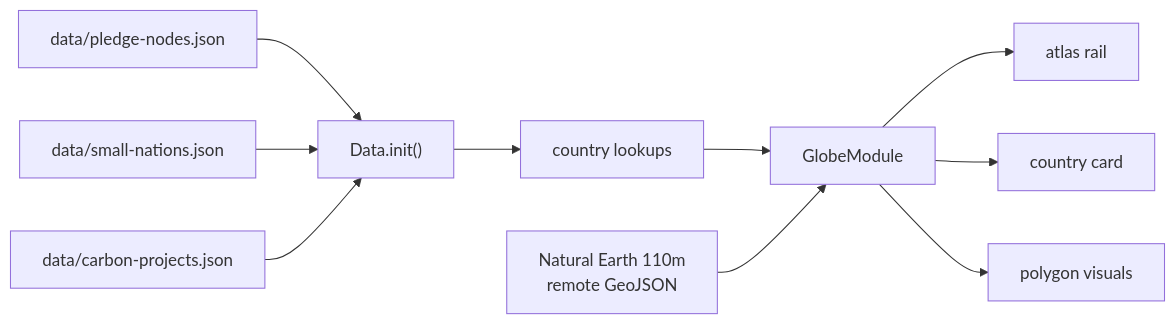
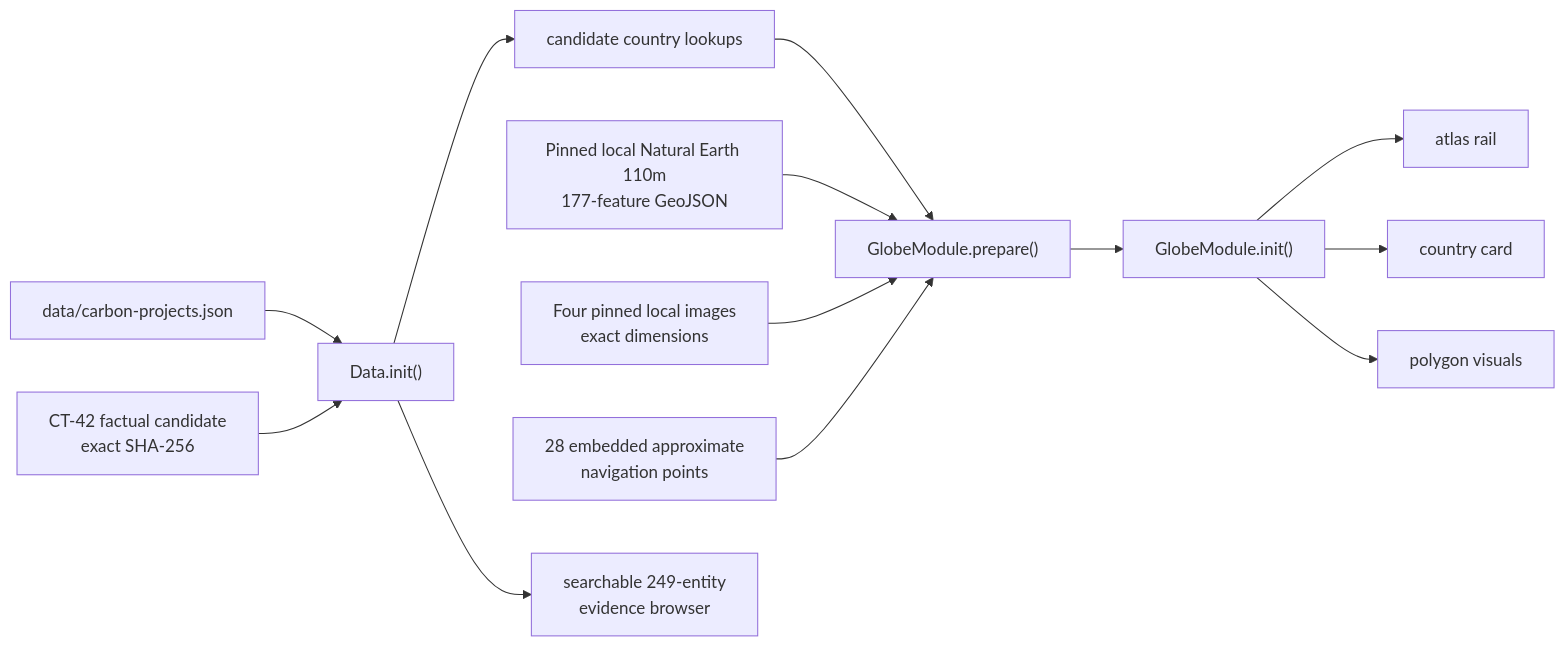
Before and after one commit to earth-love-united/earthloveunited.org: the first of 2 diagrams in ARCHITECTURE.md, drawn with Mermaid. The commit also changed other lines of this file and 36 other files, not shown here.

````diff
--- a/ARCHITECTURE.md
+++ b/ARCHITECTURE.md
@@ -140,12 +140,15 @@
 ```mermaid
 flowchart LR
-    P["data/pledge-nodes.json"] --> D["Data.init()"]
-    S["data/small-nations.json"] --> D
     C["data/carbon-projects.json"] --> D
-    D --> L["country lookups"]
-    L --> G["GlobeModule"]
-    N["Natural Earth 110m<br/>remote GeoJSON"] --> G
+    F["CT-42 factual candidate<br/>exact SHA-256"] --> D["Data.init()"]
+    D --> L["candidate country lookups"]
+    L --> P["GlobeModule.prepare()"]
+    N["Pinned local Natural Earth 110m<br/>177-feature GeoJSON"] --> P
+    I["Four pinned local images<br/>exact dimensions"] --> P
+    S["28 embedded approximate<br/>navigation points"] --> P
+    P --> G["GlobeModule.init()"]
     G --> R["atlas rail"]
     G --> K["country card"]
     G --> V["polygon visuals"]
+    D --> B["searchable 249-entity<br/>evidence browser"]
 ```
````
